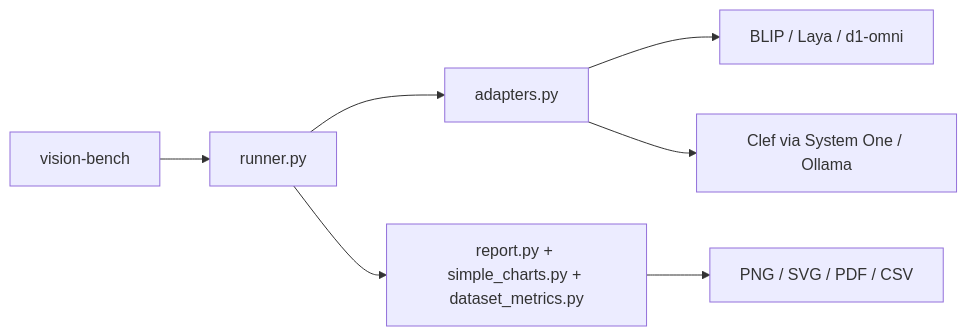
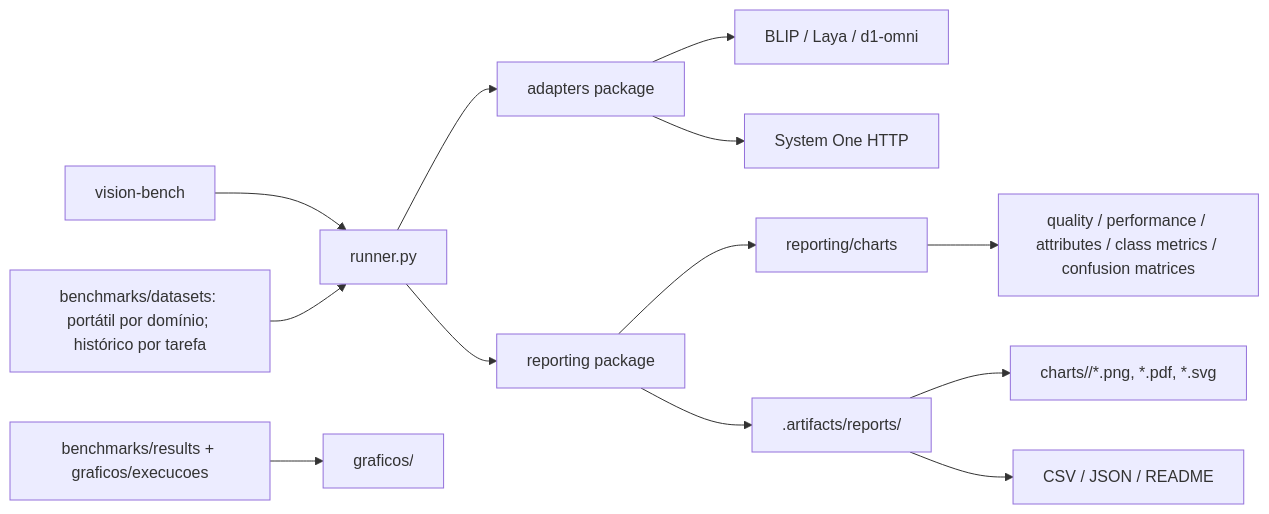
The diagram in docs/PROJECT_STRUCTURE.md (lowgue/SystemOneTesting), drawn with Mermaid before and after one commit. The commit also changed other lines of this file and 393 other files, not shown here.

````diff
--- a/docs/PROJECT_STRUCTURE.md
+++ b/docs/PROJECT_STRUCTURE.md
@@ -3,9 +3,15 @@
 ```mermaid
 flowchart LR
   CLI[vision-bench] --> Runner[runner.py]
-  Runner --> Adapters[adapters.py]
+  Runner --> Adapters[adapters package]
   Adapters --> Local[BLIP / Laya / d1-omni]
-  Adapters --> HTTP[Clef via System One / Ollama]
-  Runner --> Report[report.py + simple_charts.py + dataset_metrics.py]
-  Report --> Graphs[PNG / SVG / PDF / CSV]
+  Adapters --> HTTP[System One HTTP]
+  Runner --> Reporting[reporting package]
+  Reporting --> Charts[reporting/charts]
+  Charts --> GraphTypes[quality / performance / attributes / class metrics / confusion matrices]
+  Reporting --> Data[".artifacts/reports/<run>"]
+  Data --> GraphOutputs["charts/<type>/*.png, *.pdf, *.svg"]
+  Data --> Tables["CSV / JSON / README"]
+  Datasets["benchmarks/datasets: portátil por domínio; histórico por tarefa"] --> Runner
+  Historical["benchmarks/results + graficos/execucoes"] --> Graphics["graficos/<caracteristica>"]
 ```
````
